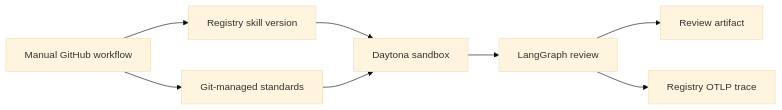
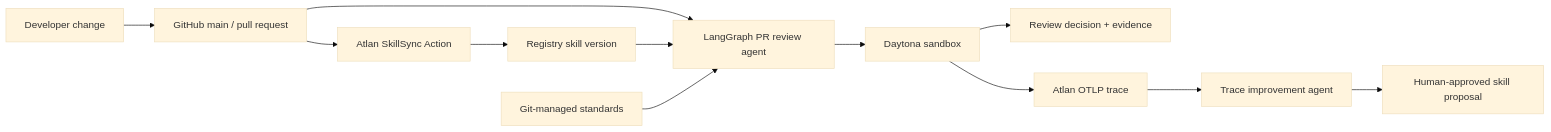
The diagram in README.md (atlanai/agent-registry-examples), drawn with Mermaid (base theme) before and after one commit. The commit also changed other lines of this file and 19 other files, not shown here.

````diff
--- a/README.md
+++ b/README.md
@@ -8,10 +32,14 @@
 ```mermaid
 flowchart LR
-    A[Manual GitHub workflow] --> B[Registry skill version]
-    A --> C[Git-managed standards]
-    B --> D[Daytona sandbox]
-    C --> D
-    D --> E[LangGraph review]
-    E --> F[Review artifact]
-    E --> G[Registry OTLP trace]
+    Dev[Developer change] --> GitHub[GitHub main / pull request]
+    GitHub --> Review[LangGraph PR review agent]
+    Skill[Registry skill version] --> Review
+    Standards[Git-managed standards] --> Review
+    Review --> Daytona[Daytona sandbox]
+    Daytona --> Decision[Review decision + evidence]
+    Daytona --> Trace[Atlan OTLP trace]
+    Trace --> Improve[Trace improvement agent]
+    Improve --> Proposal[Human-approved skill proposal]
+    GitHub --> Sync[Atlan SkillSync Action]
+    Sync --> Skill
 ```
````
